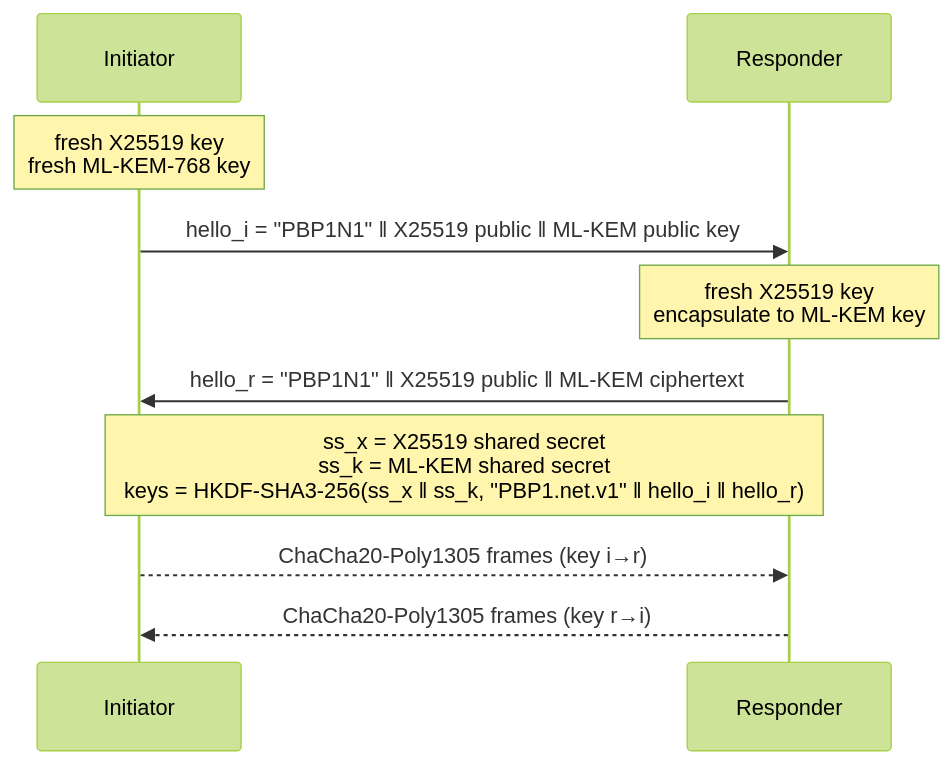
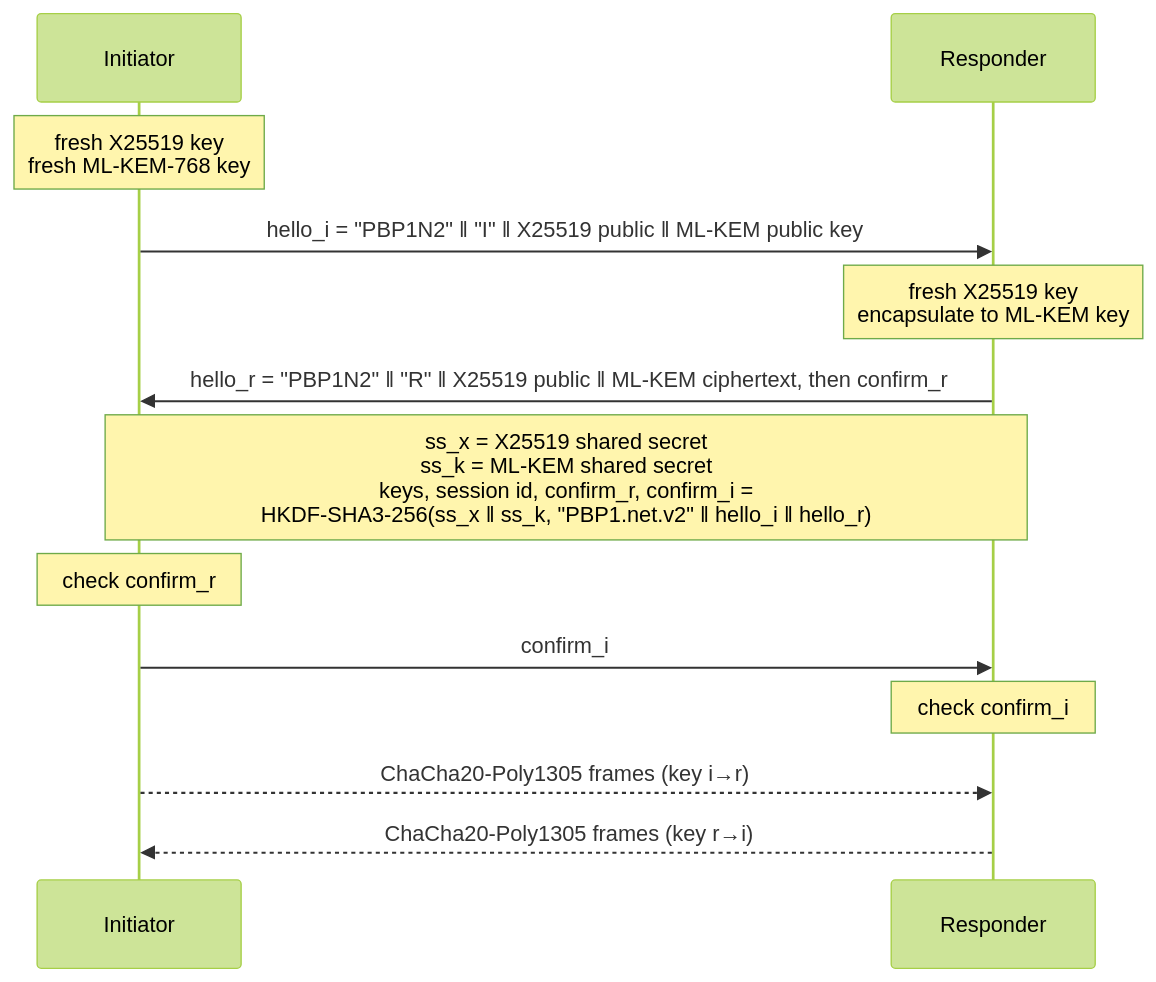
One commit to JamievanRiel/hybride-pq changed the diagram in README.md. Above: the diagram before and after it, drawn with Mermaid (forest theme). The commit also changed other lines of this file, not shown here.

First line of the commit message:
Describe the PBP1N2 handshake in the README

````diff
--- a/README.md
+++ b/README.md
@@ -117,12 +117,15 @@
 ```mermaid
 sequenceDiagram
     participant I as Initiator
     participant R as Responder
     Note over I: fresh X25519 key<br/>fresh ML-KEM-768 key
-    I->>R: hello_i = "PBP1N1" ‖ X25519 public ‖ ML-KEM public key
+    I->>R: hello_i = "PBP1N2" ‖ "I" ‖ X25519 public ‖ ML-KEM public key
     Note over R: fresh X25519 key<br/>encapsulate to ML-KEM key
-    R->>I: hello_r = "PBP1N1" ‖ X25519 public ‖ ML-KEM ciphertext
-    Note over I,R: ss_x = X25519 shared secret<br/>ss_k = ML-KEM shared secret<br/>keys = HKDF-SHA3-256(ss_x ‖ ss_k, "PBP1.net.v1" ‖ hello_i ‖ hello_r)
+    R->>I: hello_r = "PBP1N2" ‖ "R" ‖ X25519 public ‖ ML-KEM ciphertext, then confirm_r
+    Note over I,R: ss_x = X25519 shared secret<br/>ss_k = ML-KEM shared secret<br/>keys, session id, confirm_r, confirm_i =<br/>HKDF-SHA3-256(ss_x ‖ ss_k, "PBP1.net.v2" ‖ hello_i ‖ hello_r)
+    Note over I: check confirm_r
+    I->>R: confirm_i
+    Note over R: check confirm_i
     I-->>R: ChaCha20-Poly1305 frames (key i→r)
     R-->>I: ChaCha20-Poly1305 frames (key r→i)
 ```
````
